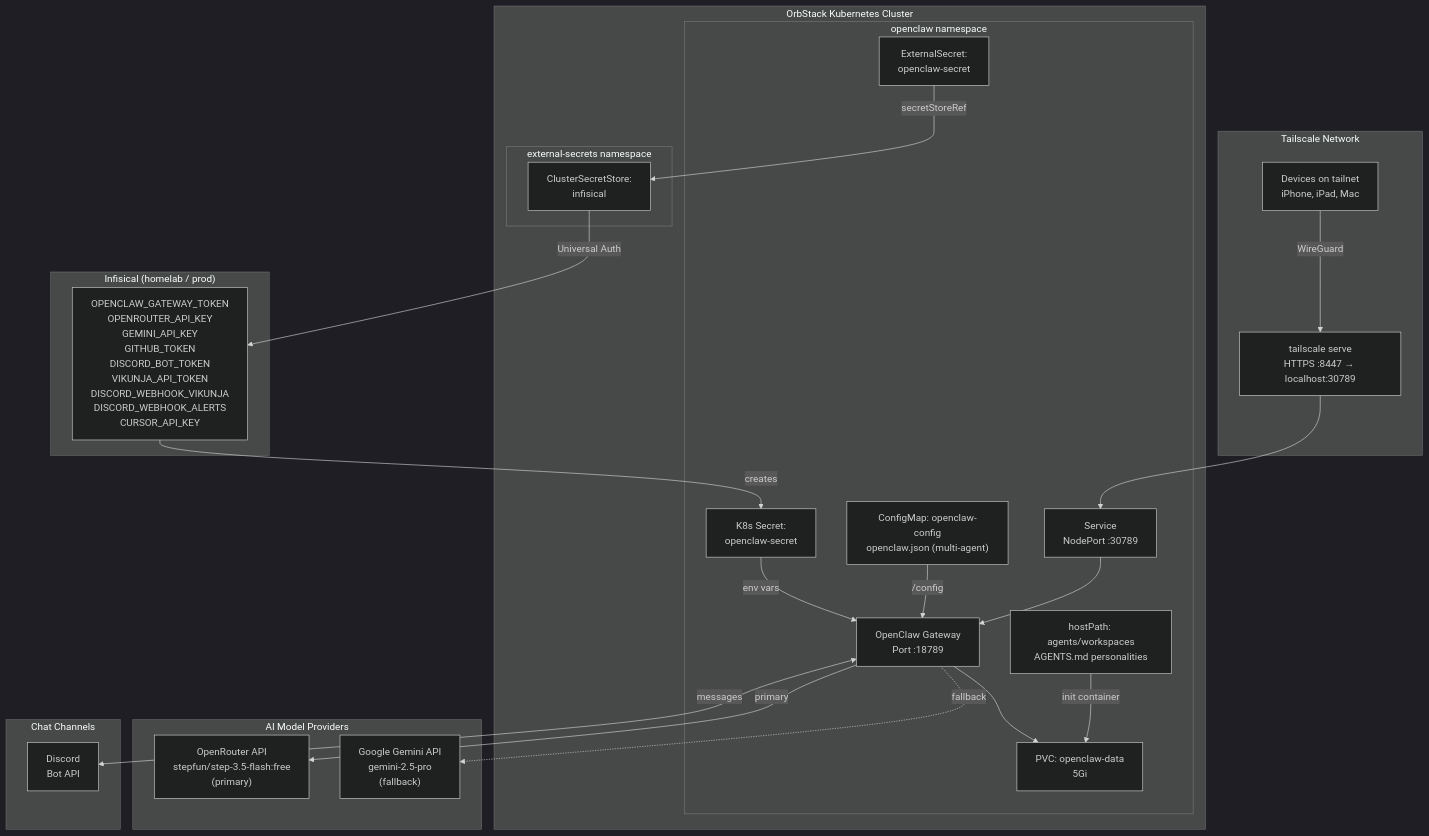
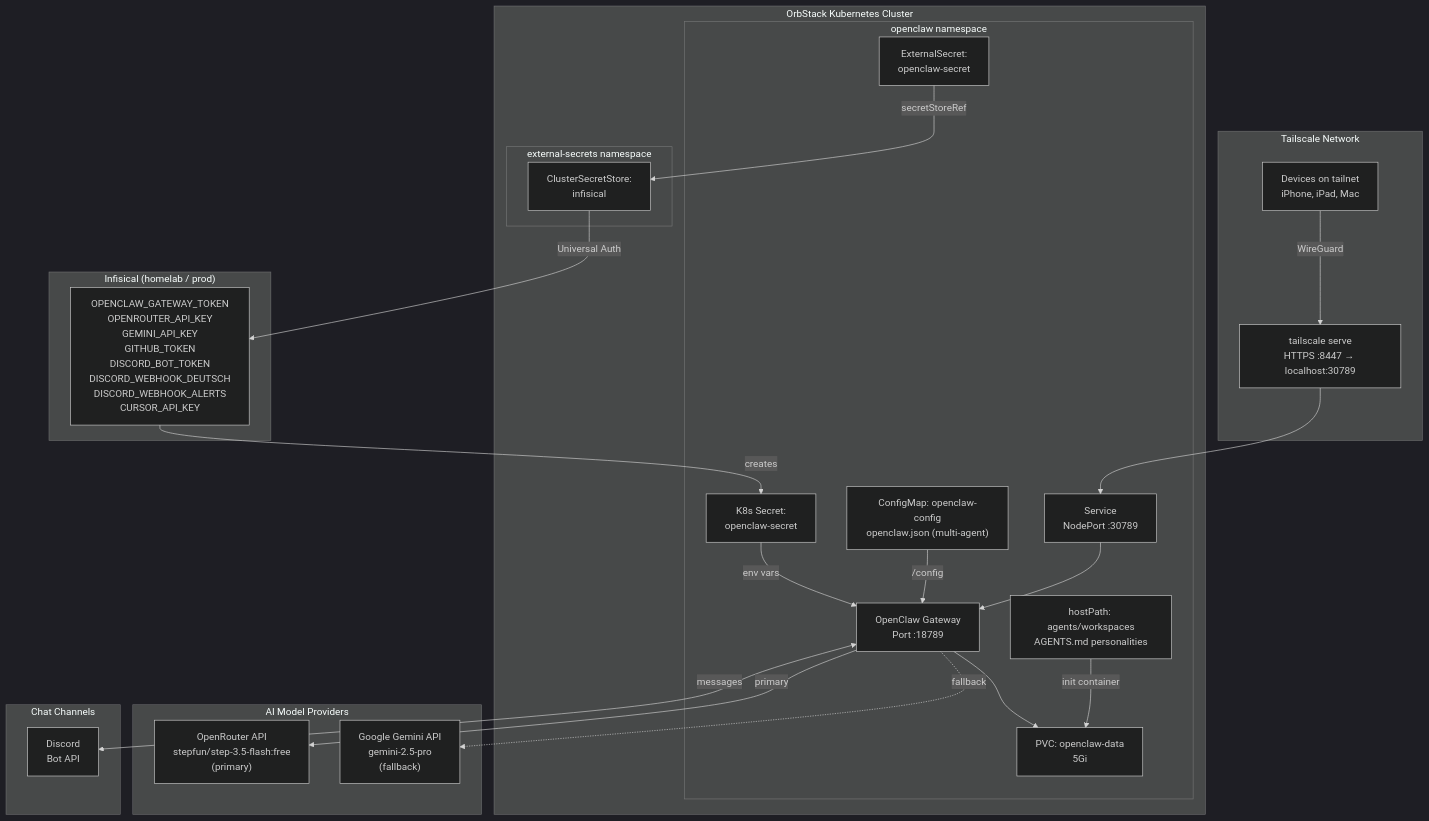
Before and after one commit to haingth77/homelab: the first of 7 diagrams in k8s/apps/openclaw/README.md, drawn with Mermaid (dark theme). The commit also changed other lines of this file and 46 other files, not shown here.

First line of the commit message:
feat: replace Vikunja with Deutsch Tutor AI learning system (#116)

````diff
--- a/k8s/apps/openclaw/README.md
+++ b/k8s/apps/openclaw/README.md
@@ -7,50 +7,50 @@
 ```mermaid
 flowchart TD
     subgraph tailnet["Tailscale Network"]
         Clients["Devices on tailnet\niPhone, iPad, Mac"]
         TServe["tailscale serve\nHTTPS :8447 → localhost:30789"]
     end
 
     subgraph orb["OrbStack Kubernetes Cluster"]
         subgraph openclawNs["openclaw namespace"]
             Svc["Service\nNodePort :30789"]
             Deploy["OpenClaw Gateway\nPort :18789"]
             CM["ConfigMap: openclaw-config\nopenclaw.json (multi-agent)"]
             WSHP["hostPath: agents/workspaces\nAGENTS.md personalities"]
             PVC["PVC: openclaw-data\n5Gi"]
             ES["ExternalSecret:\nopenclaw-secret"]
             K8sSecret["K8s Secret:\nopenclaw-secret"]
         end
 
         subgraph esoNs["external-secrets namespace"]
             CSS["ClusterSecretStore:\ninfisical"]
         end
     end
 
     subgraph infisical["Infisical (homelab / prod)"]
-        InfisicalSecrets["OPENCLAW_GATEWAY_TOKEN\nOPENROUTER_API_KEY\nGEMINI_API_KEY\nGITHUB_TOKEN\nDISCORD_BOT_TOKEN\nVIKUNJA_API_TOKEN\nDISCORD_WEBHOOK_VIKUNJA\nDISCORD_WEBHOOK_ALERTS\nCURSOR_API_KEY"]
+        InfisicalSecrets["OPENCLAW_GATEWAY_TOKEN\nOPENROUTER_API_KEY\nGEMINI_API_KEY\nGITHUB_TOKEN\nDISCORD_BOT_TOKEN\nDISCORD_WEBHOOK_DEUTSCH\nDISCORD_WEBHOOK_ALERTS\nCURSOR_API_KEY"]
     end
 
     subgraph providers["AI Model Providers"]
         OpenRouter["OpenRouter API\nstepfun/step-3.5-flash:free\n(primary)"]
         Gemini["Google Gemini API\ngemini-2.5-pro\n(fallback)"]
     end
 
     subgraph chatChannels["Chat Channels"]
         Discord["Discord\nBot API"]
     end
 
     Clients -- "WireGuard" --> TServe
     TServe --> Svc
     Svc --> Deploy
     CM -- "/config" --> Deploy
             WSHP -- "init container" --> PVC
     Deploy --> PVC
     ES -- "secretStoreRef" --> CSS
     CSS -- "Universal Auth" --> InfisicalSecrets
     InfisicalSecrets -- "creates" --> K8sSecret
     K8sSecret -- "env vars" --> Deploy
     Deploy -- "primary" --> OpenRouter
     Deploy -. "fallback" .-> Gemini
     Deploy <-- "messages" --> Discord
 ```
````
